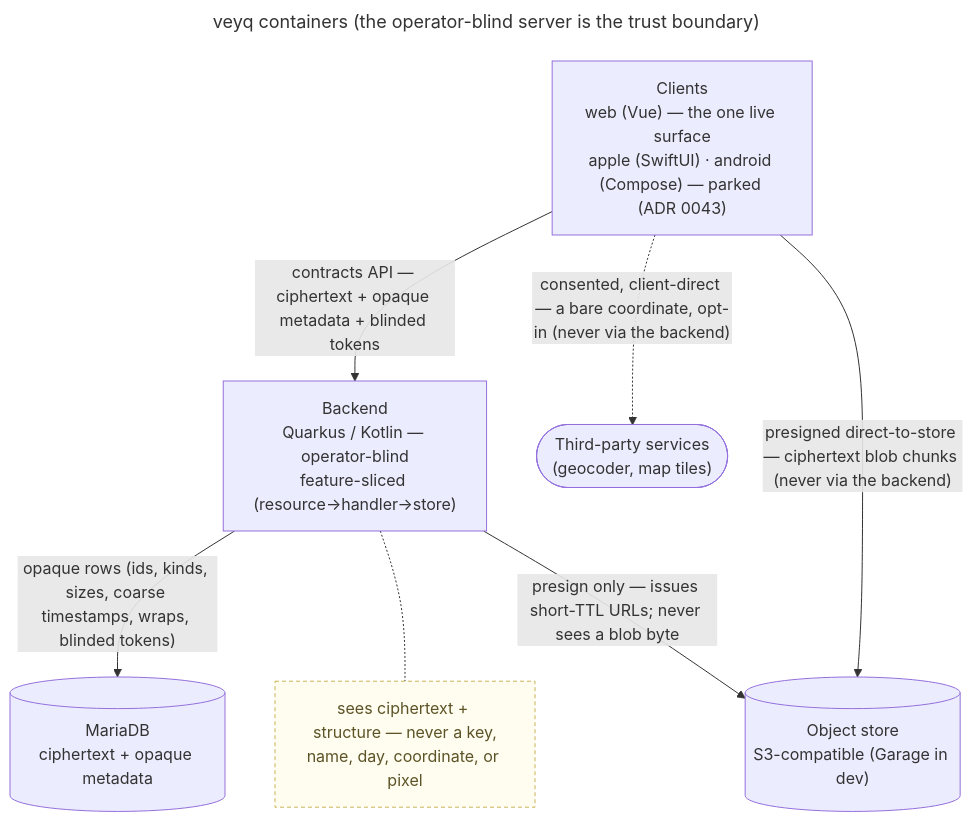
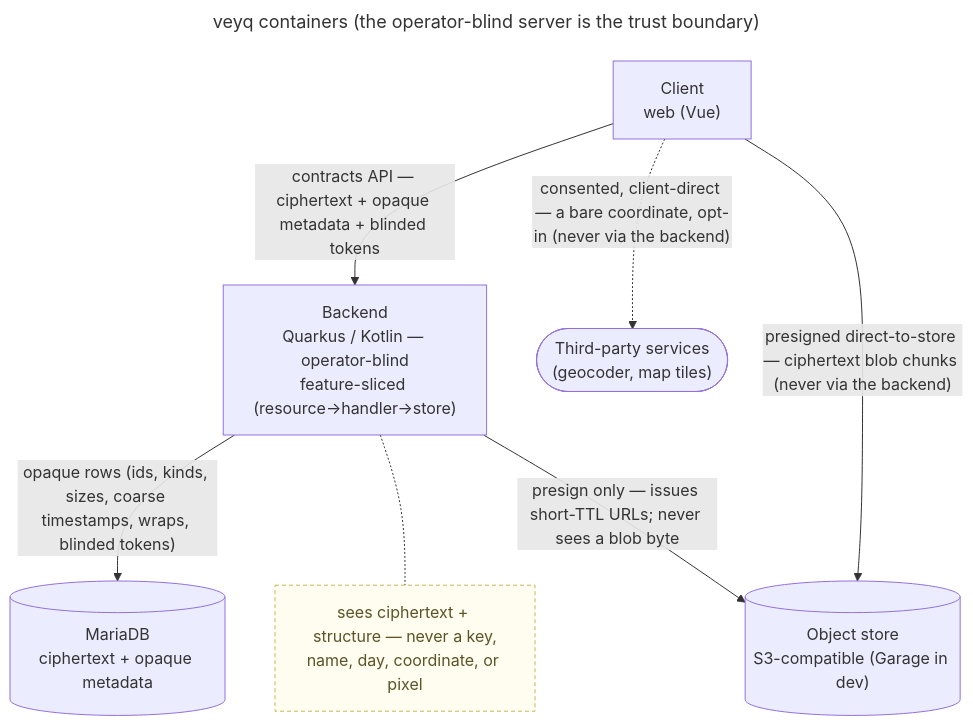
Before and after one commit to raddatzk/veyq-no-e2ee: the first of 3 diagrams in docs/architecture/README.md, drawn with Mermaid. The commit also changed other lines of this file and 2657 other files, not shown here.

````diff
--- a/docs/architecture/README.md
+++ b/docs/architecture/README.md
@@ -45,22 +50,22 @@
 ```mermaid
 ---
 title: veyq containers (the operator-blind server is the trust boundary)
 ---
 flowchart TB
-  C["Clients<br>web (Vue) — the one live surface<br>apple (SwiftUI) · android (Compose) — parked (ADR 0043)"]
+  C["Client<br>web (Vue)"]
   B["Backend<br>Quarkus / Kotlin — operator-blind<br>feature-sliced (resource→handler→store)"]
   NB["sees ciphertext + structure — never a key,<br>name, day, coordinate, or pixel"]
   DB[("MariaDB<br>ciphertext + opaque metadata")]
   S[("Object store<br>S3-compatible (Garage in dev)")]
   T(["Third-party services<br>(geocoder, map tiles)"])
 
   C -->|"contracts API — ciphertext + opaque metadata + blinded tokens"| B
   C -->|"presigned direct-to-store — ciphertext blob chunks (never via the backend)"| S
   C -.->|"consented, client-direct — a bare coordinate, opt-in (never via the backend)"| T
   B -->|"opaque rows (ids, kinds, sizes, coarse timestamps, wraps, blinded tokens)"| DB
   B -->|"presign only — issues short-TTL URLs; never sees a blob byte"| S
   B -.- NB
 
   classDef note fill:#fffdf0,stroke:#c9b458,stroke-dasharray:4 3,color:#5c5326
   class NB note
 ```
````
